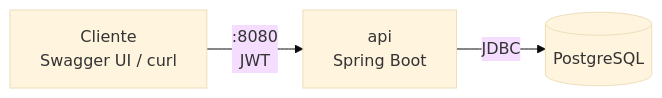
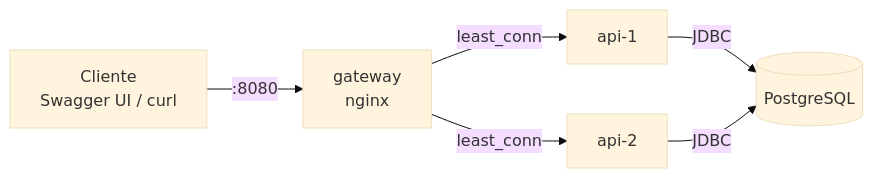
One commit to arthuurdp/distr-arch-todo-list changed the first of 3 diagrams in docs/ARQUITETURA.md. Above: the diagram before and after it, drawn with Mermaid (base theme). The commit also changed other lines of this file and 14 other files, not shown here.

First line of the commit message:
feat: implement API gateway with nginx for load balancing and rate limiting

````diff
--- a/docs/ARQUITETURA.md
+++ b/docs/ARQUITETURA.md
@@ -32,5 +32,7 @@
 ```mermaid
 flowchart LR
-    C[Cliente<br/>Swagger UI / curl] -->|:8080<br/>JWT| A[api<br/>Spring Boot]
-    A -->|JDBC| PG[(PostgreSQL)]
+    C[Cliente<br/>Swagger UI / curl] -->|:8080| G[gateway<br/>nginx]
+    G -->|least_conn| A1[api-1]
+    G -->|least_conn| A2[api-2]
+    A1 & A2 -->|JDBC| PG[(PostgreSQL)]
 ```
````
